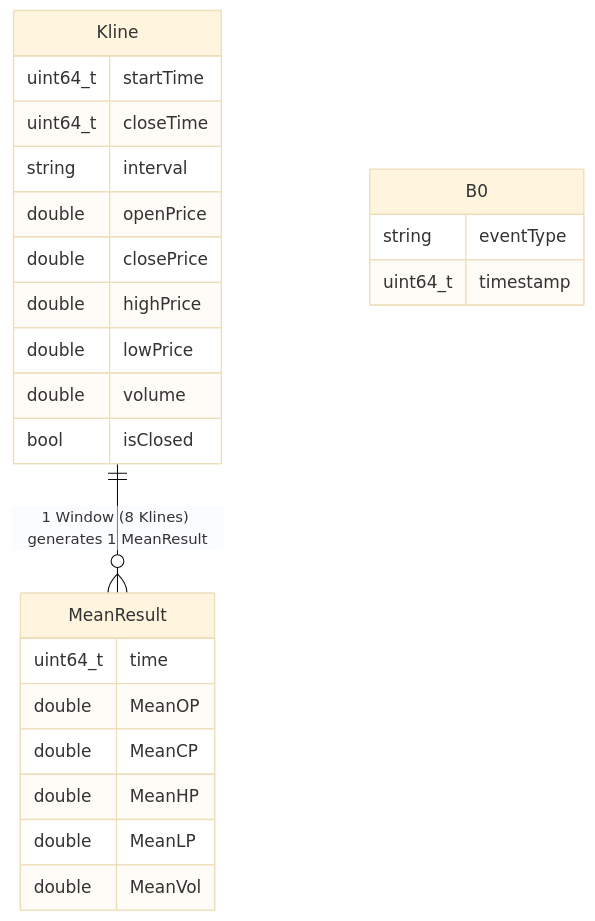
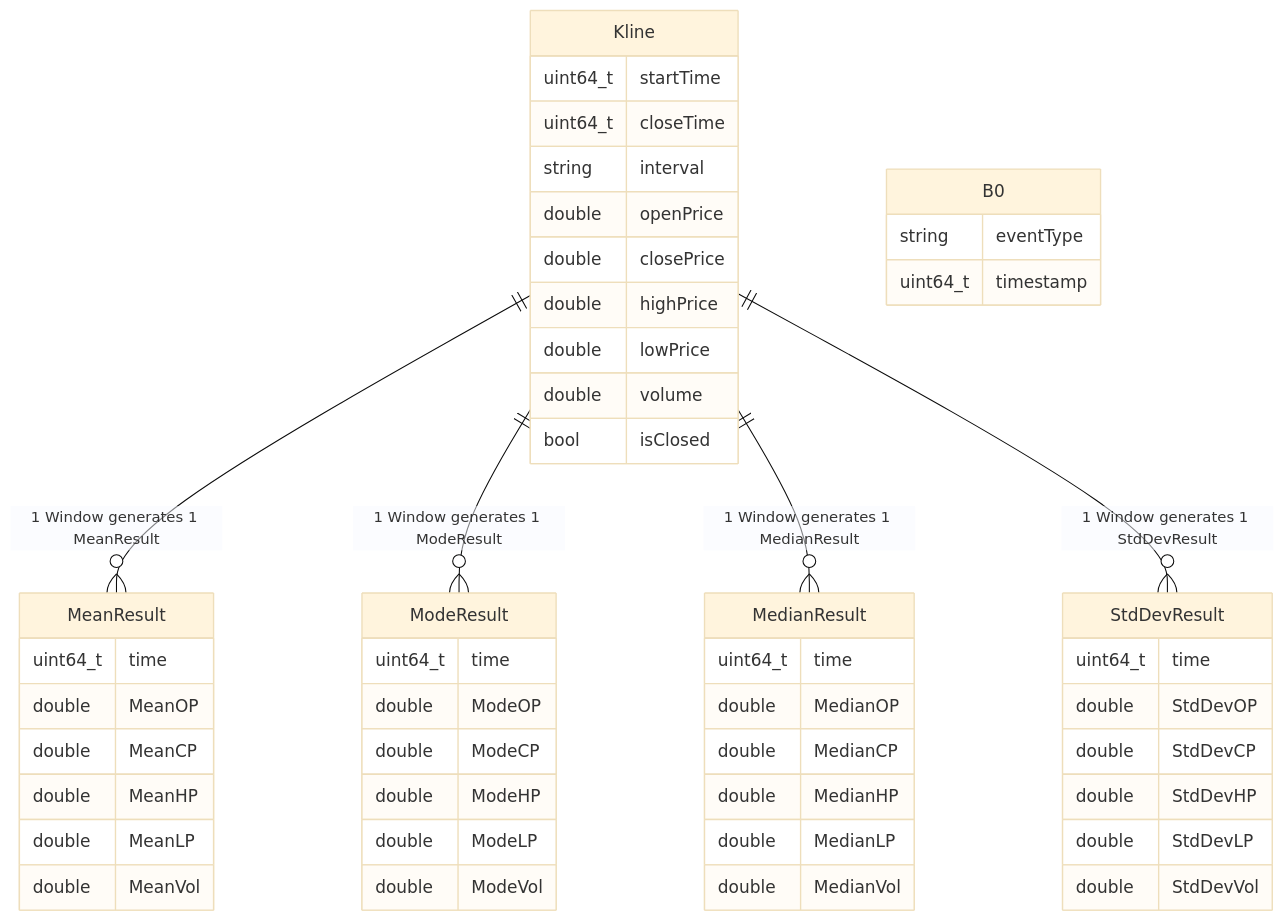
One commit to salmanamir95/rt-da-btc changed the second of 8 diagrams in docs/architecture_diagrams.md. Above: the diagram before and after it, drawn with Mermaid (base theme). The commit also changed other lines of this file and 1 other file, not shown here.

````diff
--- a/docs/architecture_diagrams.md
+++ b/docs/architecture_diagrams.md
@@ -104,30 +114,60 @@
 ```mermaid
 erDiagram
     Kline {
         uint64_t startTime
         uint64_t closeTime
         string interval
         double openPrice
         double closePrice
         double highPrice
         double lowPrice
         double volume
         bool isClosed
     }
     
     MeanResult {
         uint64_t time
         double MeanOP
         double MeanCP
         double MeanHP
         double MeanLP
         double MeanVol
     }
     
+    ModeResult {
+        uint64_t time
+        double ModeOP
+        double ModeCP
+        double ModeHP
+        double ModeLP
+        double ModeVol
+    }
+    
+    MedianResult {
+        uint64_t time
+        double MedianOP
+        double MedianCP
+        double MedianHP
+        double MedianLP
+        double MedianVol
+    }
+    
+    StdDevResult {
+        uint64_t time
+        double StdDevOP
+        double StdDevCP
+        double StdDevHP
+        double StdDevLP
+        double StdDevVol
+    }
+    
     B0 {
         string eventType
         uint64_t timestamp
     }
 
-    Kline ||--o{ MeanResult : "1 Window (8 Klines) generates 1 MeanResult"
+    Kline ||--o{ MeanResult : "1 Window generates 1 MeanResult"
+    Kline ||--o{ ModeResult : "1 Window generates 1 ModeResult"
+    Kline ||--o{ MedianResult : "1 Window generates 1 MedianResult"
+    Kline ||--o{ StdDevResult : "1 Window generates 1 StdDevResult"
 ```
````
